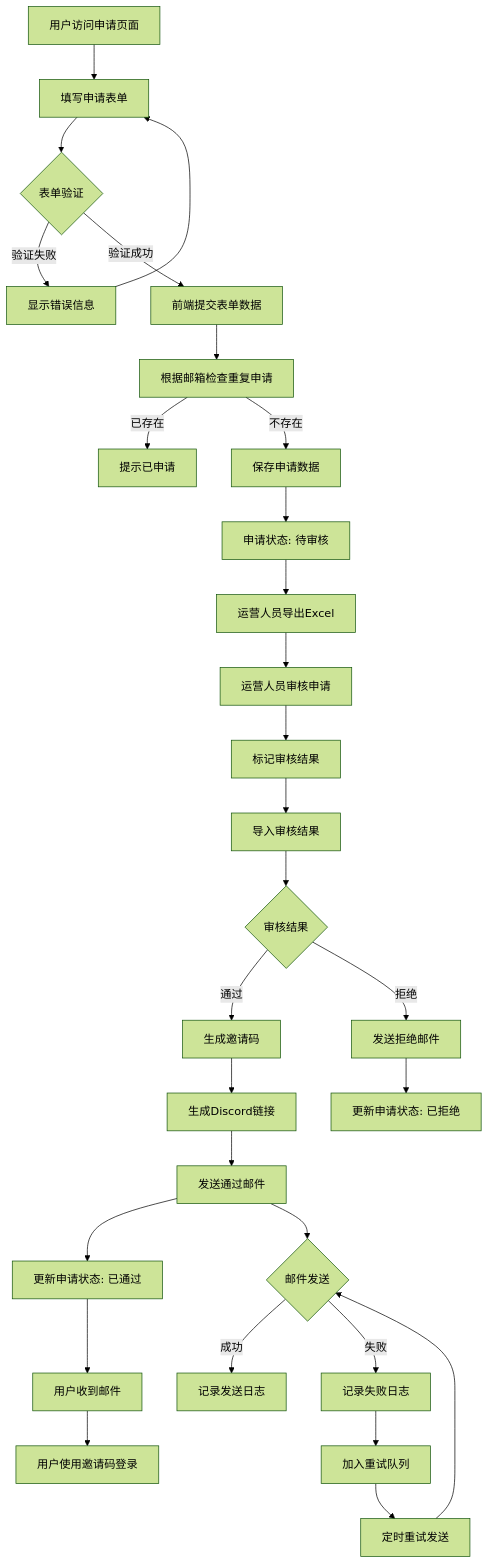
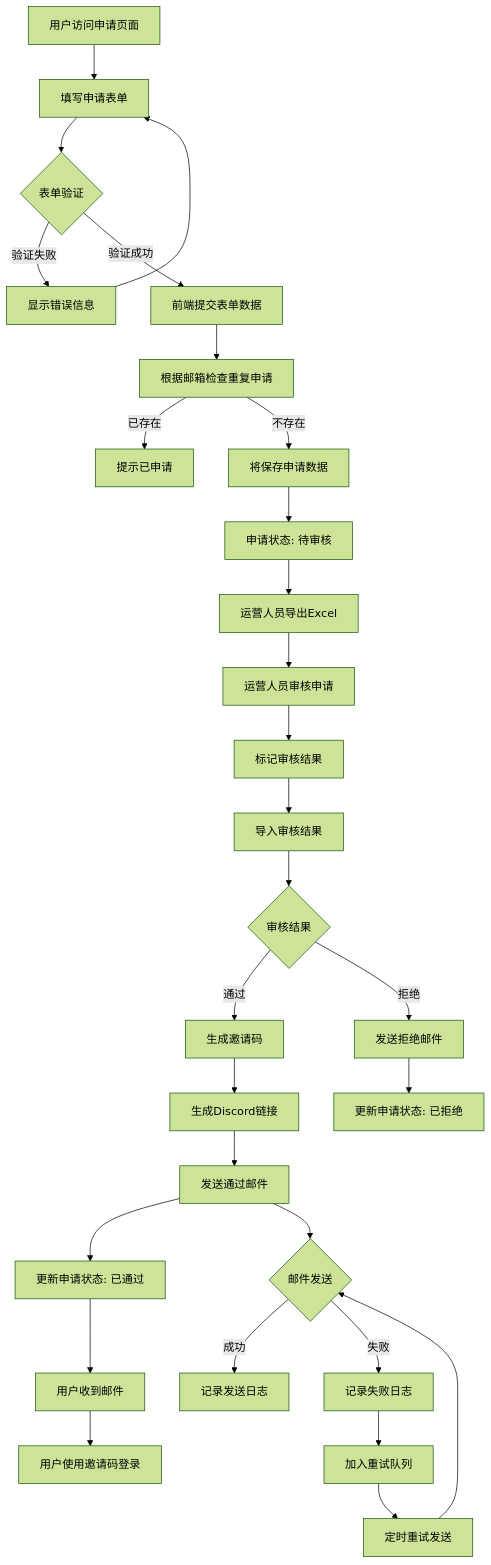
The diagram in all/未命名-69.md (yingjianzh/iodraw-files), drawn with Mermaid (forest theme) before and after one commit.

Commit message:
2025-07-03 10:22:53 update

````diff
--- a/all/未命名-69.md
+++ b/all/未命名-69.md
@@ -1,36 +1,36 @@
 ```mermaid
 flowchart TD
     A[用户访问申请页面] --> B[填写申请表单]
     B --> C{表单验证}
     C -->|验证失败| D[显示错误信息]
     D --> B
     C -->|验证成功| E[前端提交表单数据]
     E -->E1[根据邮箱检查重复申请]
     E1 -->|已存在| F[提示已申请]
-    E1 -->|不存在| G[保存申请数据]
+    E1 -->|不存在| G[将保存申请数据]
     G --> H[申请状态: 待审核]
     
     H --> I[运营人员导出Excel]
     I --> J[运营人员审核申请]
     J --> K[标记审核结果]
     K --> L[导入审核结果]
     L --> M{审核结果}
     
     M -->|通过| N[生成邀请码]
     N --> O[生成Discord链接]
     O --> P[发送通过邮件]
     P --> Q[更新申请状态: 已通过]
     
     M -->|拒绝| R[发送拒绝邮件]
     R --> S[更新申请状态: 已拒绝]
     
     P --> T{邮件发送}
     T -->|成功| U[记录发送日志]
     T -->|失败| V[记录失败日志]
     V --> W[加入重试队列]
     W --> X[定时重试发送]
     X --> T
     
     Q --> Y[用户收到邮件]
     Y --> Z[用户使用邀请码登录]
 ```
````
